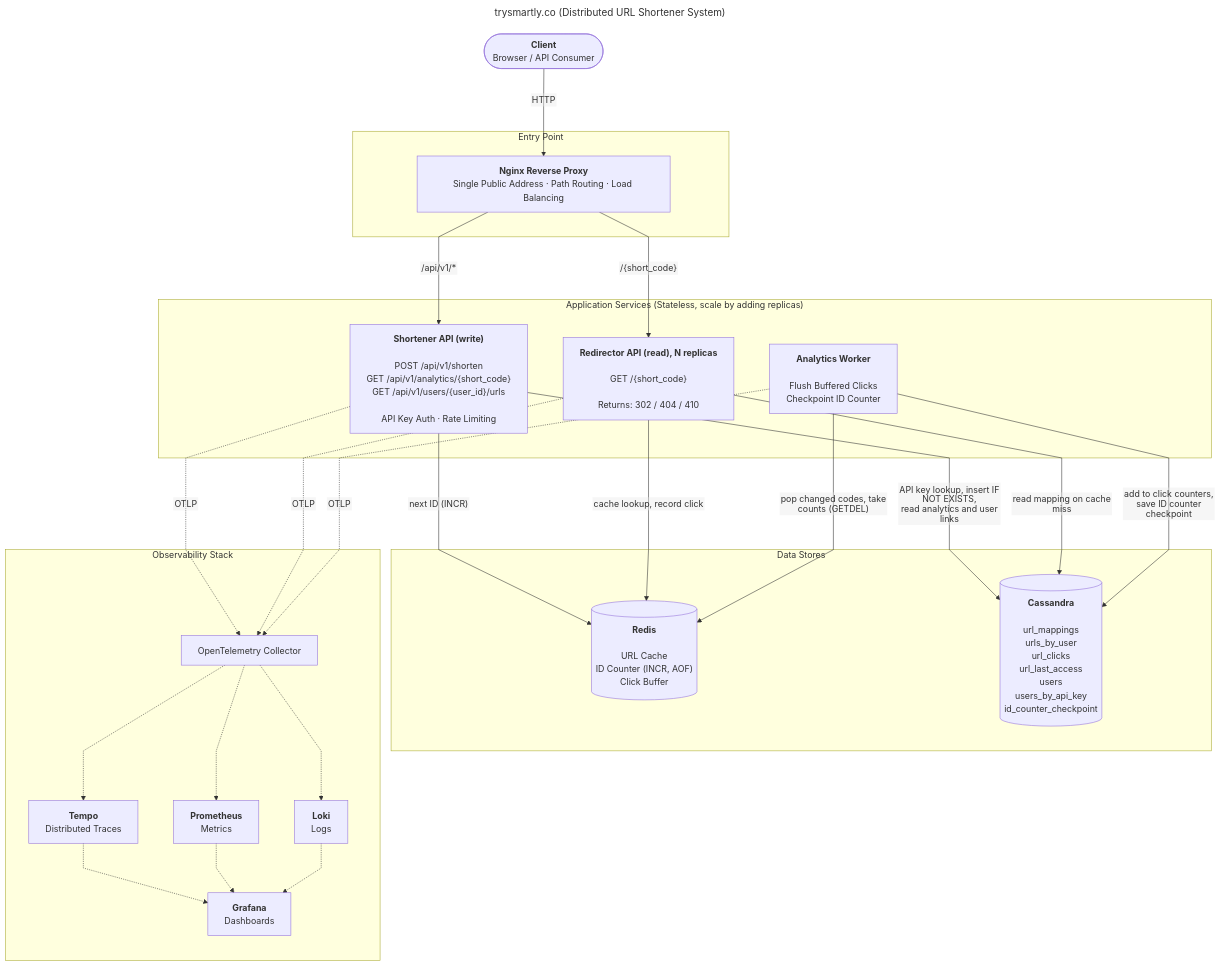
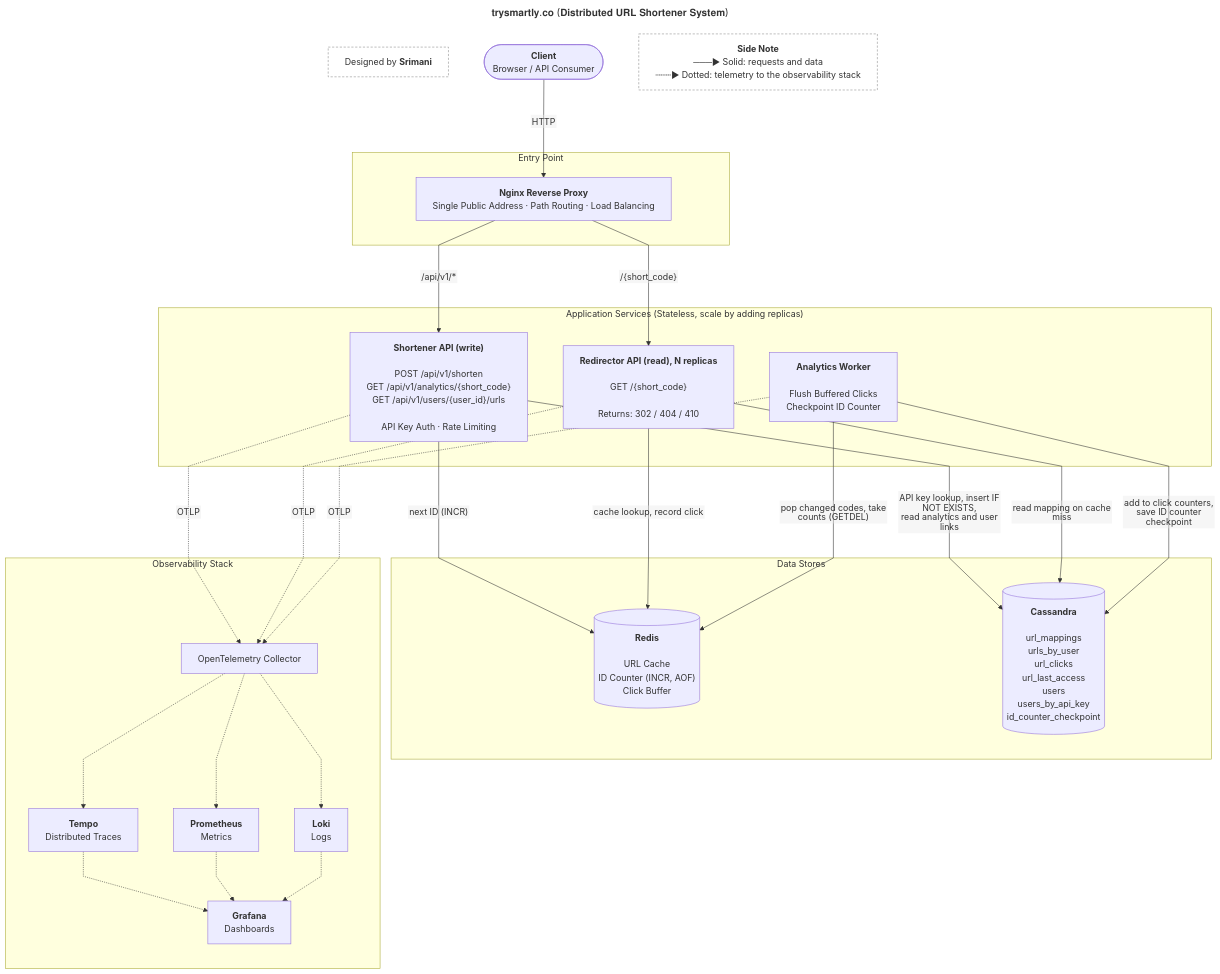
One commit to srimani-ravikumar/url-shortener-service changed the diagram in docs/02-design/architecture.md. Above: the diagram before and after it, drawn with Mermaid.

Commit message:
add author and note section for better reading exp.

````diff
--- a/docs/02-design/architecture.md
+++ b/docs/02-design/architecture.md
@@ -5,66 +5,73 @@
 ```mermaid
 ---
-title: trysmartly.co (Distributed URL Shortener System)
+title: 𝐭𝐫𝐲𝐬𝐦𝐚𝐫𝐭𝐥𝐲.𝐜𝐨 (𝐃𝐢𝐬𝐭𝐫𝐢𝐛𝐮𝐭𝐞𝐝 𝐔𝐑𝐋 𝐒𝐡𝐨𝐫𝐭𝐞𝐧𝐞𝐫 𝐒𝐲𝐬𝐭𝐞𝐦)
 config:
   flowchart:
     htmlLabels: false
     curve: linear
     nodeSpacing: 65
     rankSpacing: 90
-    wrappingWidth: 400
+    wrappingWidth: 450
 ---
 flowchart TB
+    %% Unlinked nodes go on the top row in declaration order, so the author comes first (left)
+    author["Designed by <b>Srimani</b>"]:::author
     client(["<b>Client</b><br/>Browser / API Consumer"])
+
+    legend["<b>Side Note</b><br/>───▶  Solid: requests and data<br/>┄┄┄▶  Dotted: telemetry to the observability stack"]:::legend
 
     subgraph edge["Entry Point"]
         nginx["<b>Nginx Reverse Proxy</b><br/>Single Public Address · Path Routing · Load Balancing"]
     end
 
     subgraph app["Application Services (Stateless, scale by adding replicas)"]
         shortener["<b>Shortener API (write)</b><br/><br/>POST /api/v1/shorten<br/>GET /api/v1/analytics/{short_code}<br/>GET /api/v1/users/{user_id}/urls<br/><br/>API Key Auth · Rate Limiting"]
 
         redirector["<b>Redirector API (read), N replicas</b><br/><br/>GET /{short_code}<br/><br/>Returns: 302 / 404 / 410"]
 
         worker["<b>Analytics Worker</b><br/><br/>Flush Buffered Clicks<br/>Checkpoint ID Counter"]
     end
 
     subgraph data["Data Stores"]
         redis[("<b>Redis</b><br/><br/>URL Cache<br/>ID Counter (INCR, AOF)<br/>Click Buffer")]
 
         cassandra[("<b>Cassandra</b><br/><br/>url_mappings <br/>urls_by_user<br/>url_clicks <br/> url_last_access<br/>users <br/> users_by_api_key<br/>id_counter_checkpoint")]
     end
 
     subgraph obs["Observability Stack"]
         otel["OpenTelemetry Collector"]
         tempo["<b>Tempo</b><br/>Distributed Traces"]
         prom["<b>Prometheus</b><br/>Metrics"]
         loki["<b>Loki</b><br/>Logs"]
         grafana["<b>Grafana</b><br/>Dashboards"]
     end
 
     client -->|"HTTP"| nginx
 
     nginx -->|"/api/v1/*"| shortener
     nginx -->|"/{short_code}"| redirector
 
     shortener -->|"next ID (INCR)"| redis
     shortener -->|"API key lookup, insert IF NOT EXISTS,<br/>read analytics and user links"| cassandra
 
     redirector -->|"cache lookup, record click"| redis
     redirector -->|"read mapping on cache miss"| cassandra
 
     worker -->|"pop changed codes, take counts (GETDEL)"| redis
     worker -->|"add to click counters,<br/>save ID counter checkpoint"| cassandra
 
     shortener -.->|"OTLP"| otel
     redirector -.->|"OTLP"| otel
     worker -.->|"OTLP"| otel
 
     otel -.-> tempo
     otel -.-> prom
     otel -.-> loki
 
     tempo -.-> grafana
     prom -.-> grafana
     loki -.-> grafana
+
+    classDef legend fill:#fff,stroke:#888,stroke-dasharray:4 3
+    classDef author fill:#fff,stroke:#888,color:#333,stroke-dasharray:4 3
 ```
````
